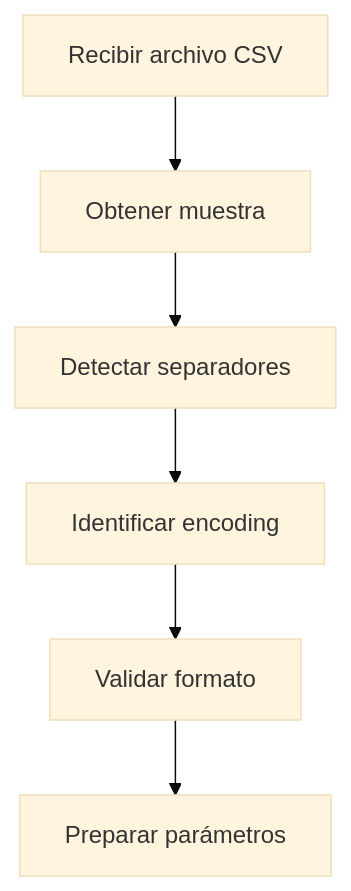
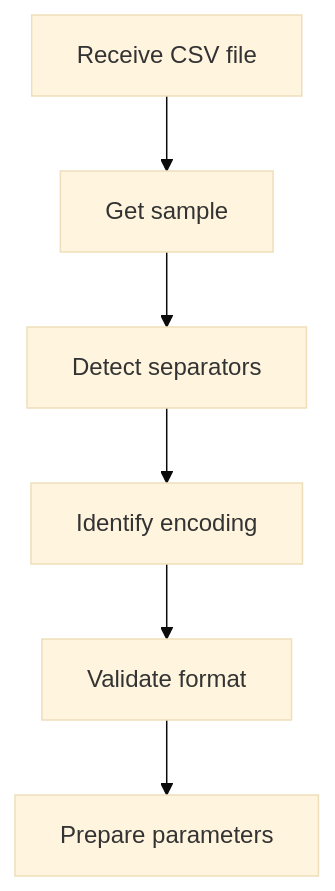
One commit to davidmonterocrespo24/Agents2ML changed the first of 3 diagrams in docs/agents/data_processor_agent.md. Above: the diagram before and after it, drawn with Mermaid (base theme). The commit also changed other lines of this file and 13 other files, not shown here.

````diff
--- a/docs/agents/data_processor_agent.md
+++ b/docs/agents/data_processor_agent.md
@@ -63,8 +63,8 @@
 ```mermaid
 flowchart TD
-    A[Recibir archivo CSV] --> B[Obtener muestra]
-    B --> C[Detectar separadores]
-    C --> D[Identificar encoding]
-    D --> E[Validar formato]
-    E --> F[Preparar parámetros]
+    A[Receive CSV file] --> B[Get sample]
+    B --> C[Detect separators]
+    C --> D[Identify encoding]
+    D --> E[Validate format]
+    E --> F[Prepare parameters]
 ```
````
